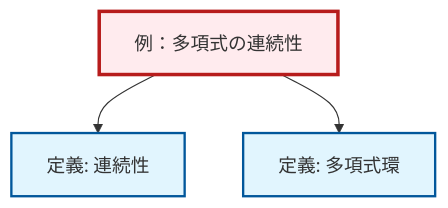
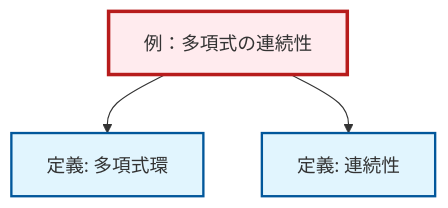
One commit to RK0429/ModernMath changed the diagram in content/ja/analysis/ex-polynomial-continuity.qmd. Above: the diagram before and after it, drawn with Mermaid. The commit also changed other lines of this file and 1012 other files, not shown here.

````diff
--- a/content/ja/analysis/ex-polynomial-continuity.qmd
+++ b/content/ja/analysis/ex-polynomial-continuity.qmd
@@ -58,17 +58,17 @@
 ```{mermaid}
 %%| fig-cap: "Local dependency graph"
 graph TD
     classDef definition fill:#e1f5fe,stroke:#01579b,stroke-width:2px
     classDef theorem fill:#f3e5f5,stroke:#4a148c,stroke-width:2px
     classDef axiom fill:#fff3e0,stroke:#e65100,stroke-width:2px
     classDef example fill:#e8f5e9,stroke:#1b5e20,stroke-width:2px
     classDef current fill:#ffebee,stroke:#b71c1c,stroke-width:3px
+    def-continuity["定義: 連続性"]:::definition
     def-polynomial-ring["定義: 多項式環"]:::definition
     ex-polynomial-continuity["例：多項式の連続性"]:::example
-    def-continuity["定義: 連続性"]:::definition
+    ex-polynomial-continuity --> def-polynomial-ring
     ex-polynomial-continuity --> def-continuity
-    ex-polynomial-continuity --> def-polynomial-ring
     class ex-polynomial-continuity current
+    click def-continuity "def-continuity.html" "連続性の定義へ"
     click def-polynomial-ring "def-polynomial-ring.html" "多項式環の定義へ"
-    click def-continuity "def-continuity.html" "連続性の定義へ"
 ```
````
